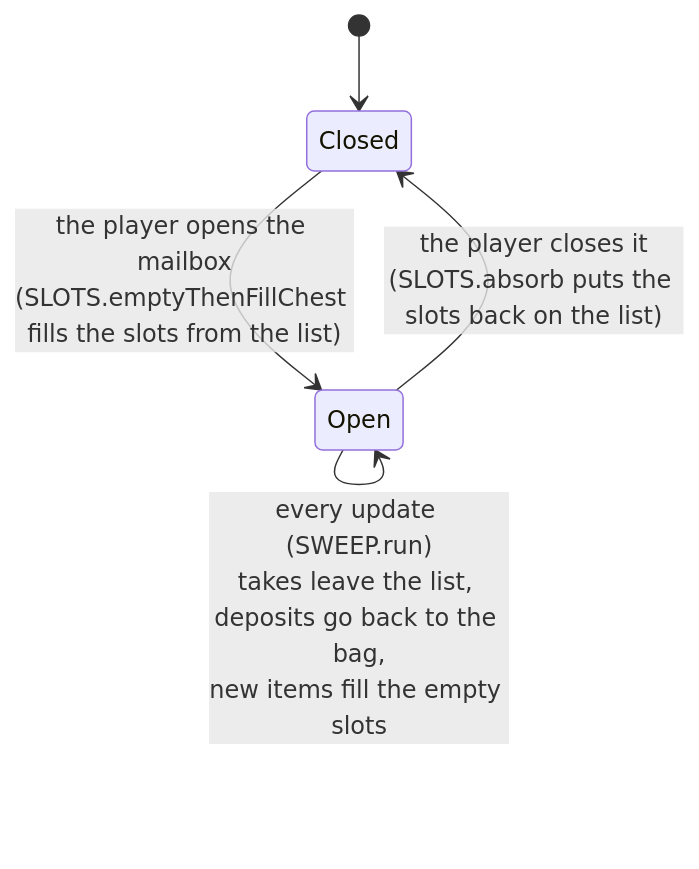
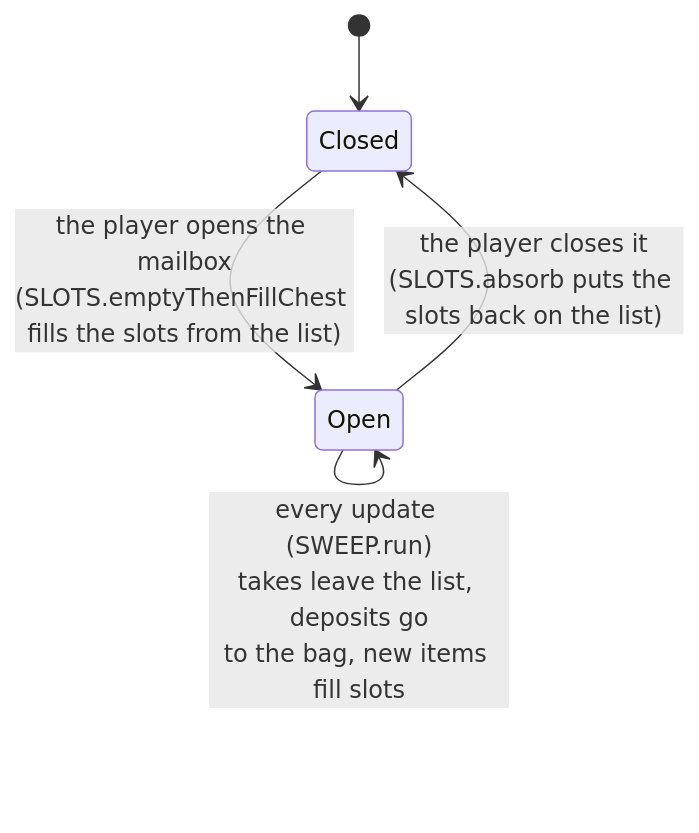
The tenth of 13 diagrams in docs/architecture.md (JustEyeTea/Palworld-Archipelago-Randomizer), drawn with Mermaid before and after one commit. The commit also changed other lines of this file and 55 other files, not shown here.

````diff
--- a/docs/architecture.md
+++ b/docs/architecture.md
@@ -539,7 +568,7 @@
 ```mermaid
 stateDiagram-v2
   [*] --> Closed
   Closed --> Open: the player opens the mailbox<br/>(SLOTS.emptyThenFillChest fills the slots from the list)
-  Open --> Open: every update (SWEEP.run)<br/>takes leave the list, deposits go back to the bag,<br/>new items fill the empty slots
+  Open --> Open: every update (SWEEP.run)<br/>takes leave the list, deposits go<br/>to the bag, new items fill slots
   Open --> Closed: the player closes it<br/>(SLOTS.absorb puts the slots back on the list)
 ```
````
